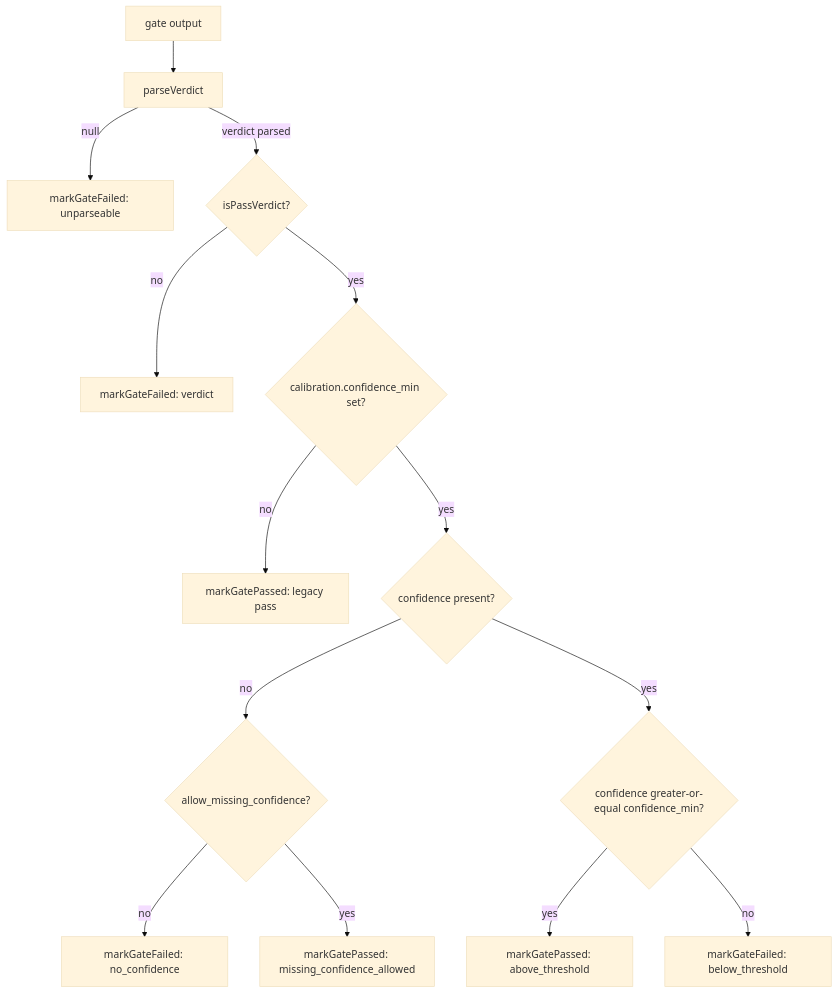
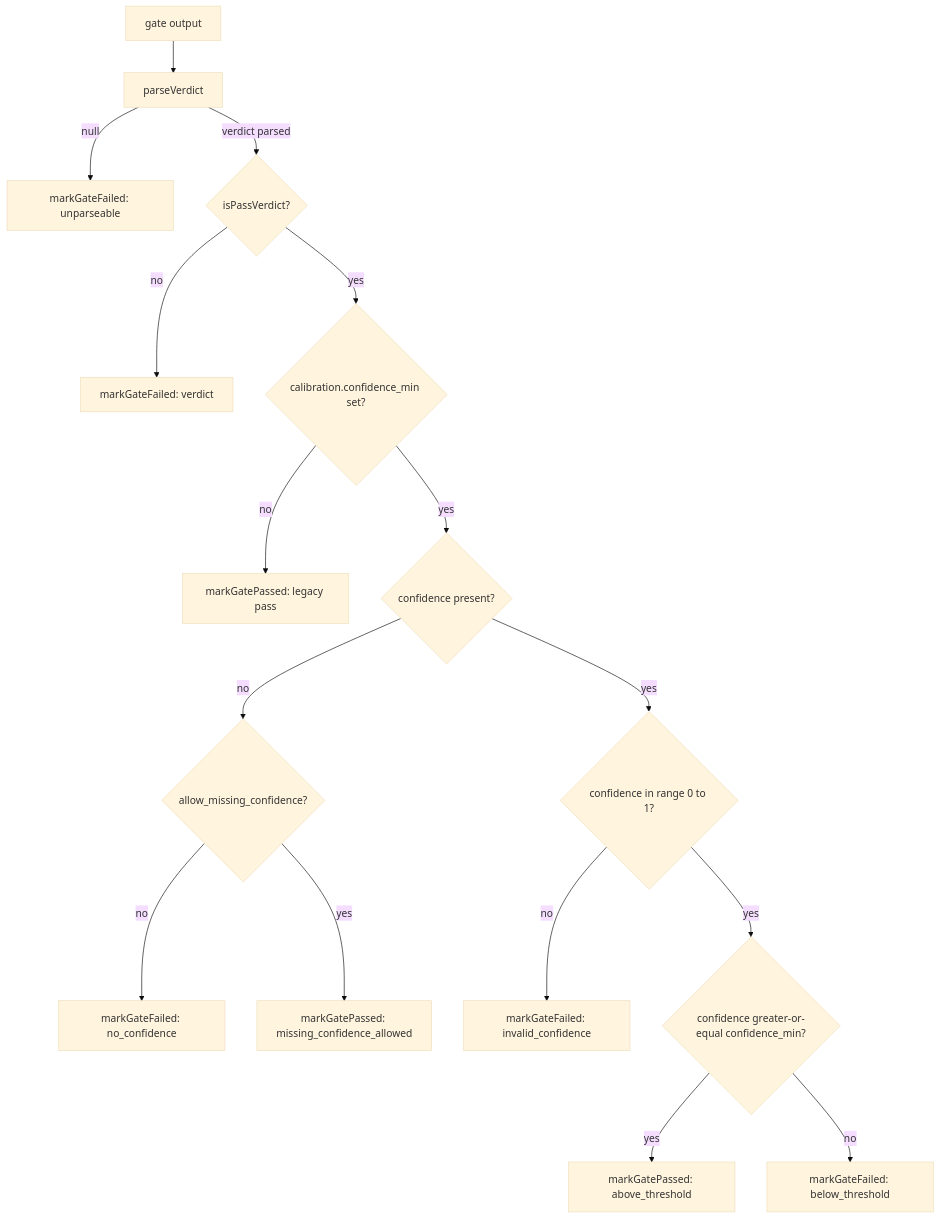
The first of 3 diagrams in docs/system-analytics/readiness.md (maister-dev/maister), drawn with Mermaid (base theme) before and after one commit. The commit also changed other lines of this file and 23 other files, not shown here.

First line of the commit message:
fix(m15): unify readiness SSOT + fail-closed out-of-range confidence

````diff
--- a/docs/system-analytics/readiness.md
+++ b/docs/system-analytics/readiness.md
@@ -93,16 +93,18 @@
 ```mermaid
 flowchart TD
     A[gate output] --> B[parseVerdict]
     B -->|null| F1[markGateFailed: unparseable]
     B -->|verdict parsed| C{isPassVerdict?}
     C -->|no| F2[markGateFailed: verdict]
     C -->|yes| D{calibration.confidence_min set?}
     D -->|no| P1[markGatePassed: legacy pass]
     D -->|yes| E{confidence present?}
     E -->|no| G{allow_missing_confidence?}
     G -->|no| F3[markGateFailed: no_confidence]
     G -->|yes| P2[markGatePassed: missing_confidence_allowed]
-    E -->|yes| H{confidence greater-or-equal confidence_min?}
+    E -->|yes| V{confidence in range 0 to 1?}
+    V -->|no| F5[markGateFailed: invalid_confidence]
+    V -->|yes| H{confidence greater-or-equal confidence_min?}
     H -->|yes| P3[markGatePassed: above_threshold]
     H -->|no| F4[markGateFailed: below_threshold]
 ```
````
